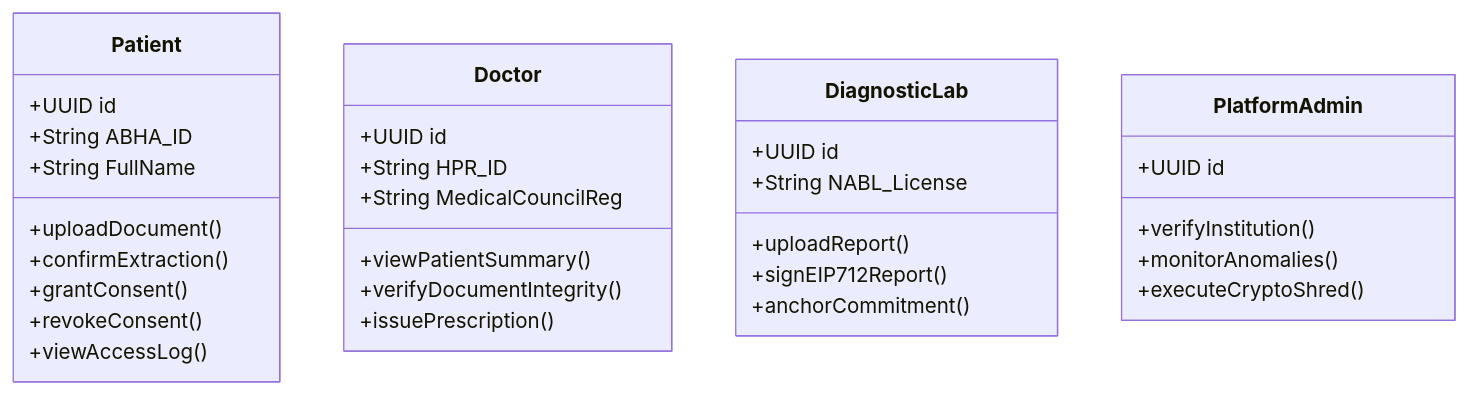
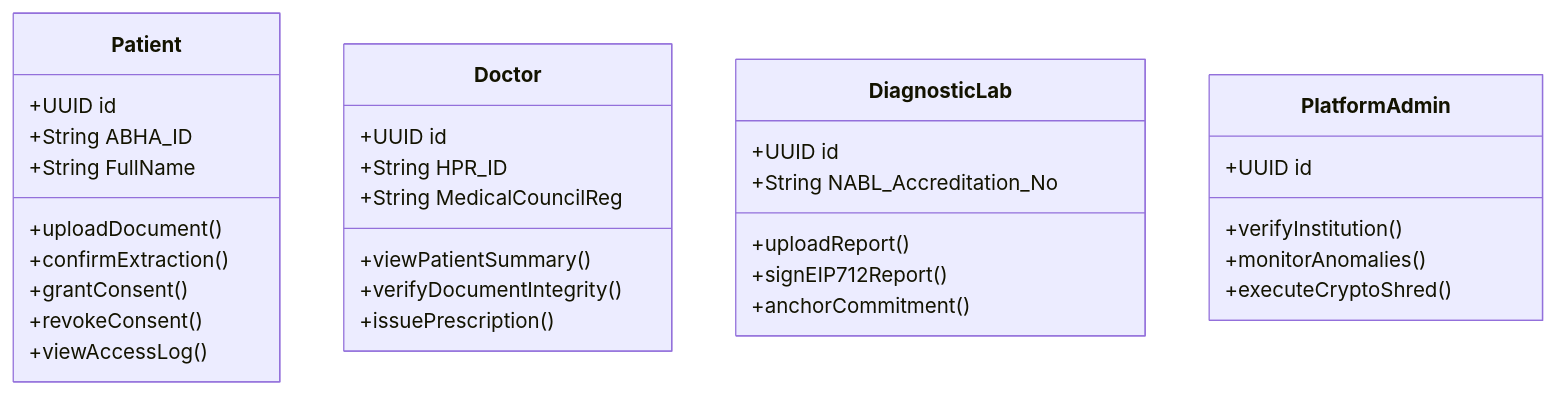
The fifth of 8 diagrams in README.md (Cyberclutch146/Medichain), drawn with Mermaid before and after one commit. The commit also changed other lines of this file, not shown here.

Commit message:
docs: remove software licenses from README

````diff
--- a/README.md
+++ b/README.md
@@ -298,34 +296,34 @@
 ```mermaid
 classDiagram
     class Patient {
         +UUID id
         +String ABHA_ID
         +String FullName
         +uploadDocument()
         +confirmExtraction()
         +grantConsent()
         +revokeConsent()
         +viewAccessLog()
     }
     class Doctor {
         +UUID id
         +String HPR_ID
         +String MedicalCouncilReg
         +viewPatientSummary()
         +verifyDocumentIntegrity()
         +issuePrescription()
     }
     class DiagnosticLab {
         +UUID id
-        +String NABL_License
+        +String NABL_Accreditation_No
         +uploadReport()
         +signEIP712Report()
         +anchorCommitment()
     }
     class PlatformAdmin {
         +UUID id
         +verifyInstitution()
         +monitorAnomalies()
         +executeCryptoShred()
     }
 ```
````
